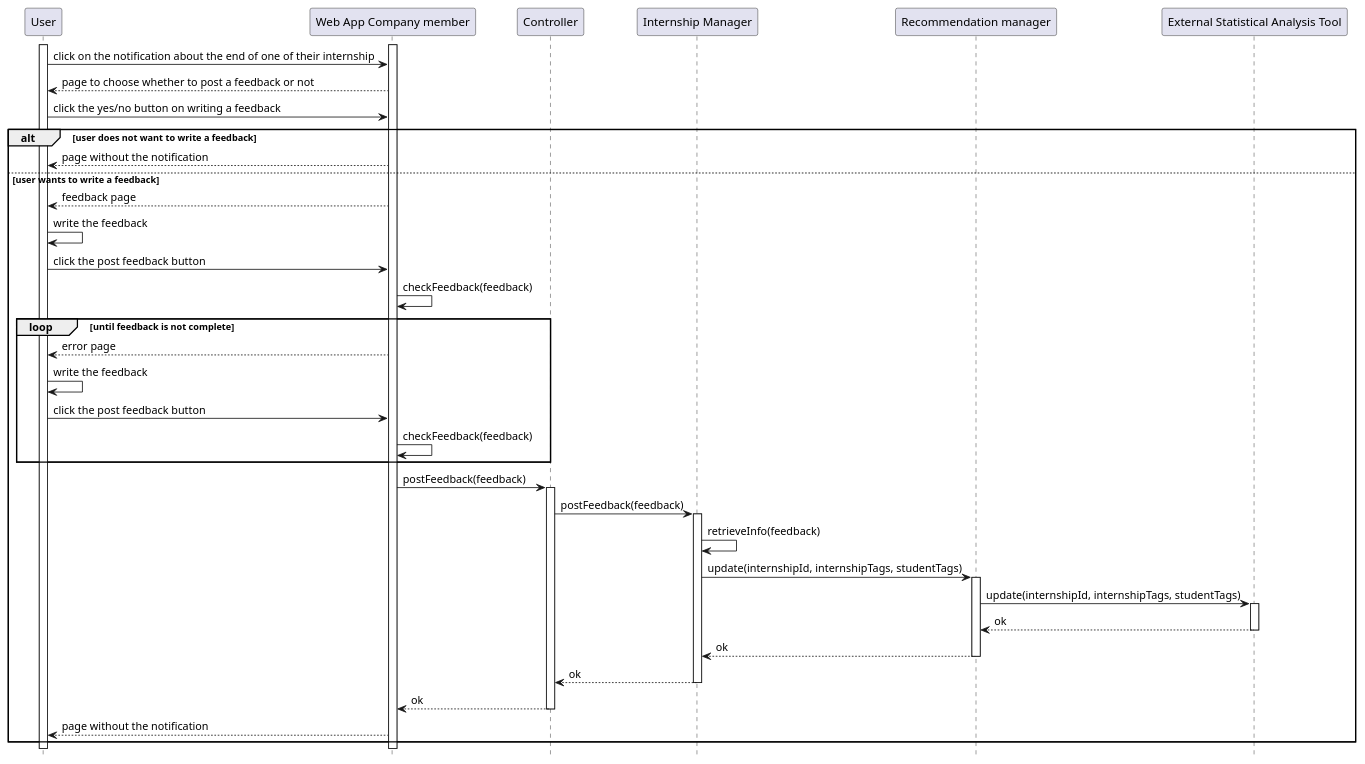
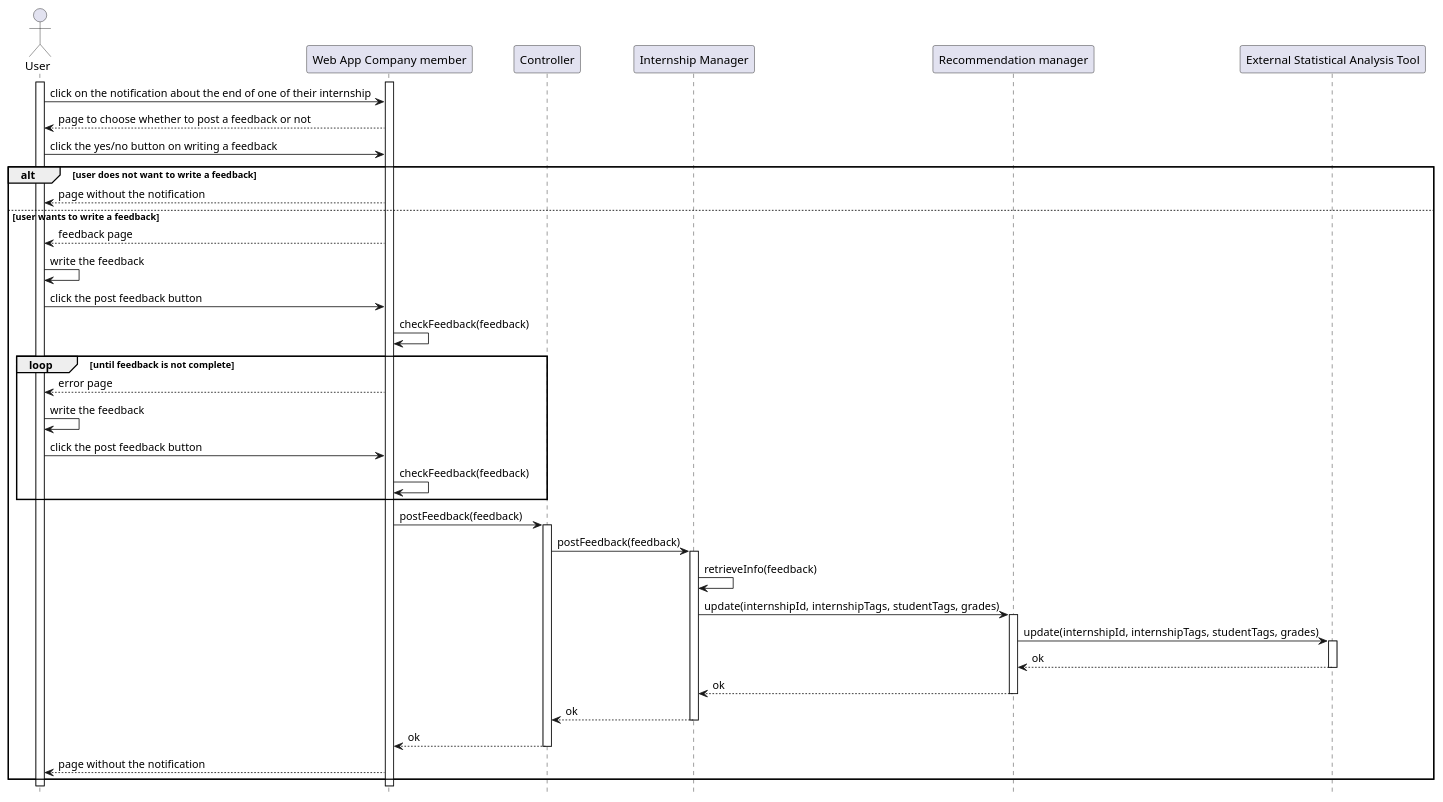
One commit to matti8702/R_and_DD_project_SE2 changed the diagram in DD/Architectural_design/uml_diagrams/RV28.puml. Above: the diagram before and after it, drawn with PlantUML. The commit also changed 9 other files, not shown here.

```diff
--- a/DD/Architectural_design/uml_diagrams/RV28.puml
+++ b/DD/Architectural_design/uml_diagrams/RV28.puml
@@ -1,50 +1,49 @@
 @startuml RV28
 hide footbox
 
-participant "User" as U
+actor "User" as U
 participant "Web App Company member" AS WAU
 participant "Controller" as C
 participant "Internship Manager" as IM
 participant "Recommendation manager" as RM
 participant "External Statistical Analysis Tool" as ESAT
-
 
 activate U
 activate WAU
 U -> WAU   : click on the notification about the end of one of their internship
 WAU --> U  : page to choose whether to post a feedback or not
 U -> WAU   : click the yes/no button on writing a feedback
 alt user does not want to write a feedback
     WAU --> U  : page without the notification
 else user wants to write a feedback
     WAU --> U  : feedback page
     U -> U     : write the feedback
     U -> WAU   : click the post feedback button
     WAU -> WAU : checkFeedback(feedback)
     loop until feedback is not complete
         WAU --> U : error page
         U -> U     : write the feedback
         U -> WAU   : click the post feedback button
         WAU -> WAU : checkFeedback(feedback)
     end
     WAU -> C   : postFeedback(feedback)
     activate C
     C -> IM    : postFeedback(feedback)
     activate IM
     IM -> IM : retrieveInfo(feedback)
-    IM -> RM : update(internshipId, internshipTags, studentTags)
+    IM -> RM : update(internshipId, internshipTags, studentTags, grades)
     activate RM
-    RM -> ESAT : update(internshipId, internshipTags, studentTags)
+    RM -> ESAT : update(internshipId, internshipTags, studentTags, grades)
     activate ESAT
     ESAT --> RM : ok
     deactivate ESAT
     RM --> IM   : ok
     deactivate RM
 
     IM --> C : ok
     deactivate IM
     C --> WAU : ok
     deactivate C
     WAU --> U : page without the notification
 end
 @enduml
```
